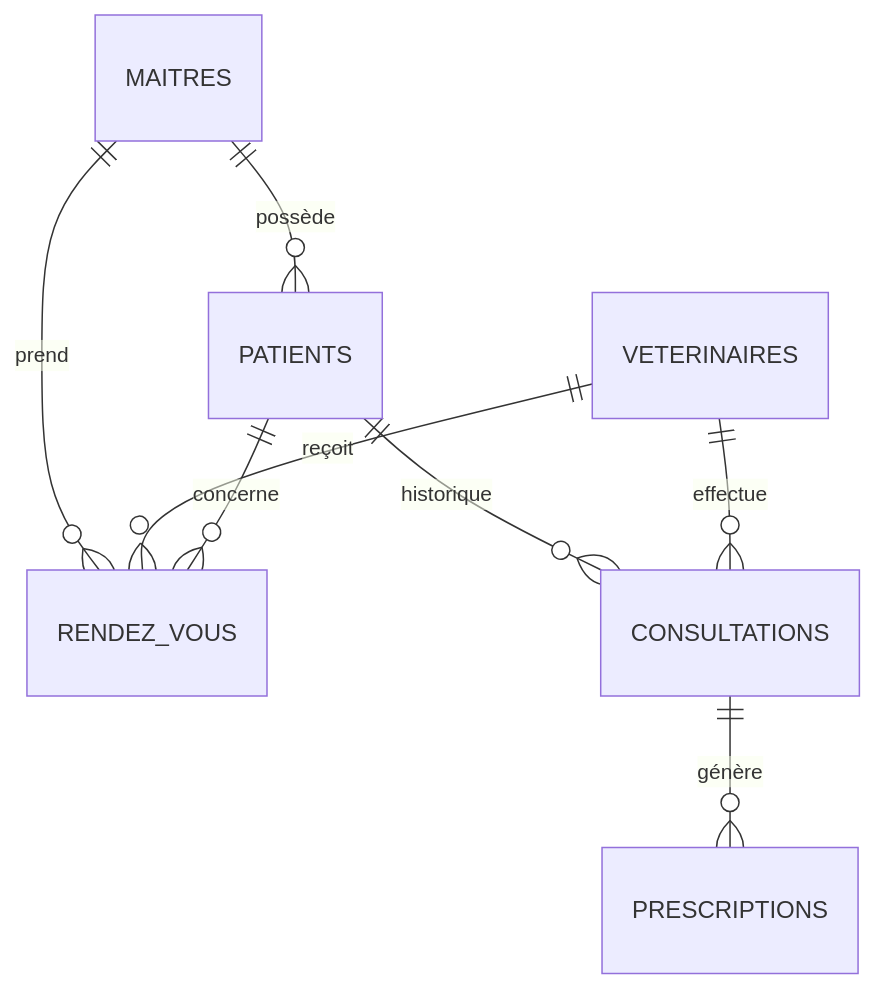
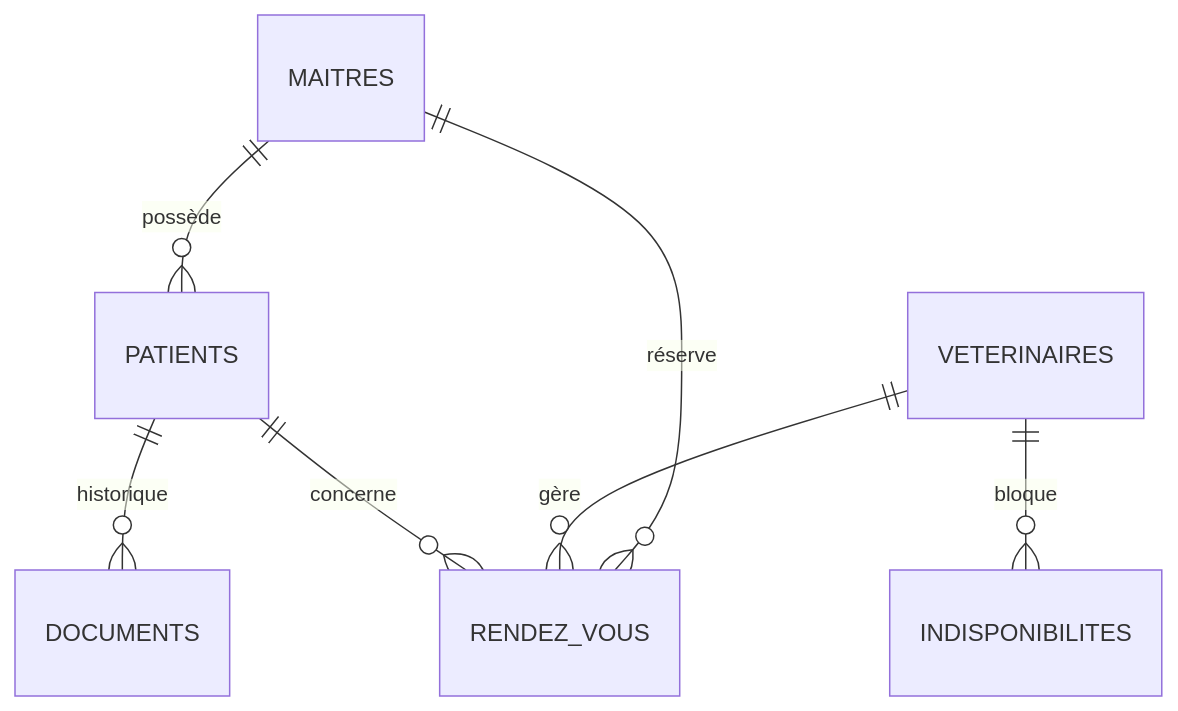
One commit to estinaya2024/Veto-care changed the second of 2 diagrams in README.md. Above: the diagram before and after it, drawn with Mermaid. The commit also changed other lines of this file, not shown here.

Commit message:
docs: update README with latest features and architecture

````diff
--- a/README.md
+++ b/README.md
@@ -64,10 +68,9 @@
 ```mermaid
 erDiagram
     MAITRES ||--o{ PATIENTS : "possède"
-    MAITRES ||--o{ RENDEZ_VOUS : "prend"
-    VETERINAIRES ||--o{ RENDEZ_VOUS : "reçoit"
+    MAITRES ||--o{ RENDEZ_VOUS : "réserve"
+    VETERINAIRES ||--o{ RENDEZ_VOUS : "gère"
+    VETERINAIRES ||--o{ INDISPONIBILITES : "bloque"
     PATIENTS ||--o{ RENDEZ_VOUS : "concerne"
-    PATIENTS ||--o{ CONSULTATIONS : "historique"
-    VETERINAIRES ||--o{ CONSULTATIONS : "effectue"
-    CONSULTATIONS ||--o{ PRESCRIPTIONS : "génère"
+    PATIENTS ||--o{ DOCUMENTS : "historique"
 ```
````
